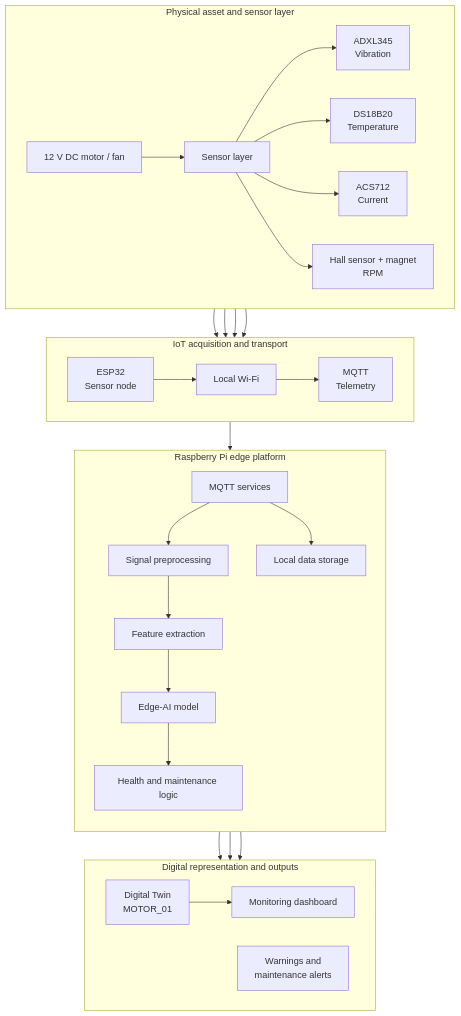
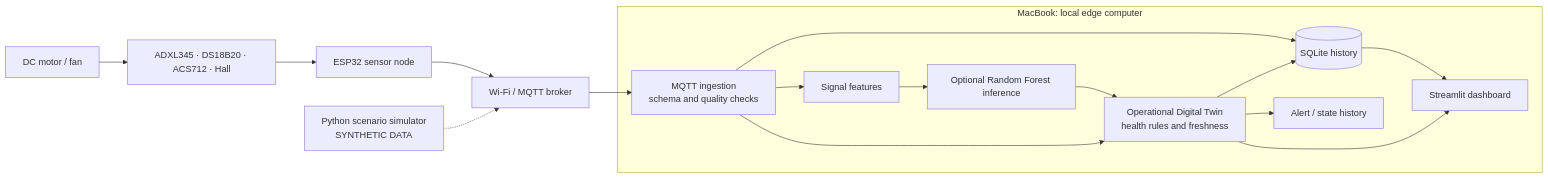
One commit to krutharth-dev/edge-ai-digital-twin changed the diagram in README.md. Above: the diagram before and after it, drawn with Mermaid. The commit also changed other lines of this file and 4 other files, not shown here.

````diff
--- a/README.md
+++ b/README.md
@@ -141,40 +26,25 @@
-```mermaid
-flowchart TB
-    subgraph P["Physical asset and sensor layer"]
-        direction LR
-        M["12 V DC motor / fan"] --> S["Sensor layer"]
-        S --> V["ADXL345<br/>Vibration"]
-        S --> T["DS18B20<br/>Temperature"]
-        S --> C["ACS712<br/>Current"]
-        S --> R["Hall sensor + magnet<br/>RPM"]
+~~~mermaid
+flowchart LR
+    M["DC motor / fan"] --> S["ADXL345 · DS18B20 · ACS712 · Hall"]
+    S --> E["ESP32 sensor node"]
+    E --> Q["Wi-Fi / MQTT broker"]
+    X["Python scenario simulator<br/>SYNTHETIC DATA"] -.-> Q
+
+    subgraph MAC["MacBook: local edge computer"]
+        B["MQTT ingestion<br/>schema and quality checks"]
+        DB[("SQLite history")]
+        F["Signal features"]
+        ML["Optional Random Forest inference"]
+        T["Operational Digital Twin<br/>health rules and freshness"]
+        UI["Streamlit dashboard"]
+        A["Alert / state history"]
+        B --> DB
+        B --> F --> ML --> T
+        B --> T
+        T --> DB
+        T --> A
+        DB --> UI
+        T --> UI
     end
-
-    subgraph I["IoT acquisition and transport"]
-        direction LR
-        E["ESP32<br/>Sensor node"] --> W["Local Wi-Fi"] --> Q["MQTT<br/>Telemetry"]
-    end
-
-    subgraph G["Raspberry Pi edge platform"]
-        direction TB
-        PI["MQTT services"] --> PP["Signal preprocessing"]
-        PP --> FE["Feature extraction"]
-        FE --> AI["Edge-AI model"]
-        PI --> DB["Local data storage"]
-        AI --> H["Health and maintenance logic"]
-    end
-
-    subgraph D["Digital representation and outputs"]
-        direction LR
-        DT["Digital Twin<br/>MOTOR_01"] --> UI["Monitoring dashboard"]
-        AL["Warnings and<br/>maintenance alerts"]
-    end
-
-    V --> E
-    T --> E
-    C --> E
-    R --> E
-    Q --> PI
-    DB --> DT
-    H --> DT
-    H --> AL
-```
+    Q --> B
+~~~
````
